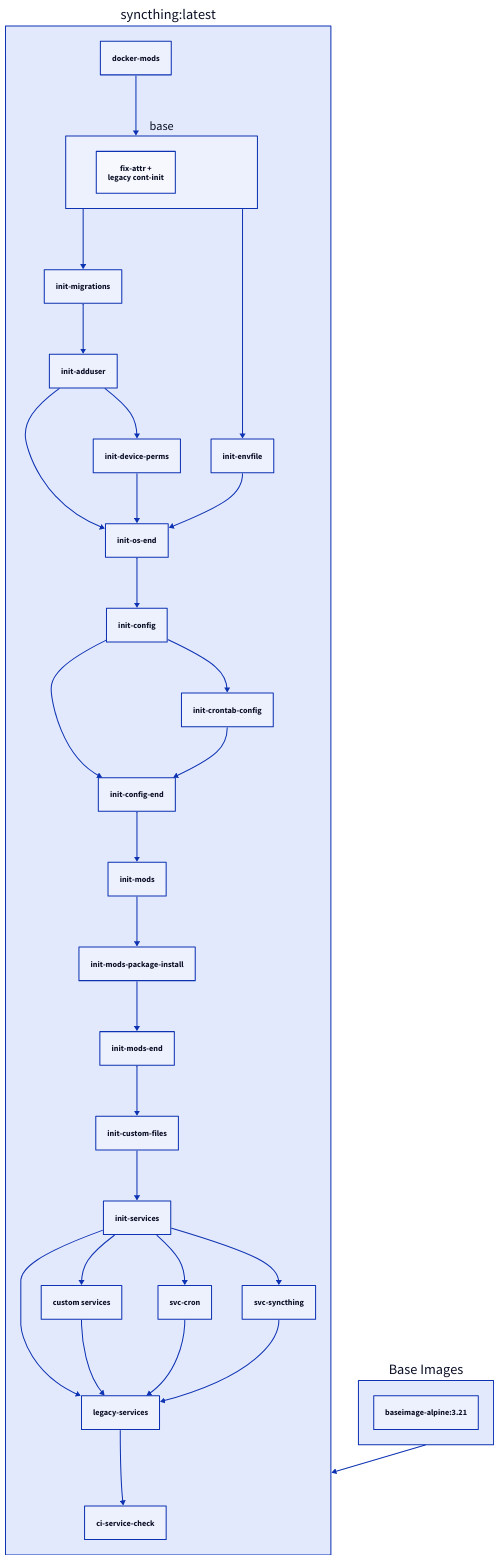
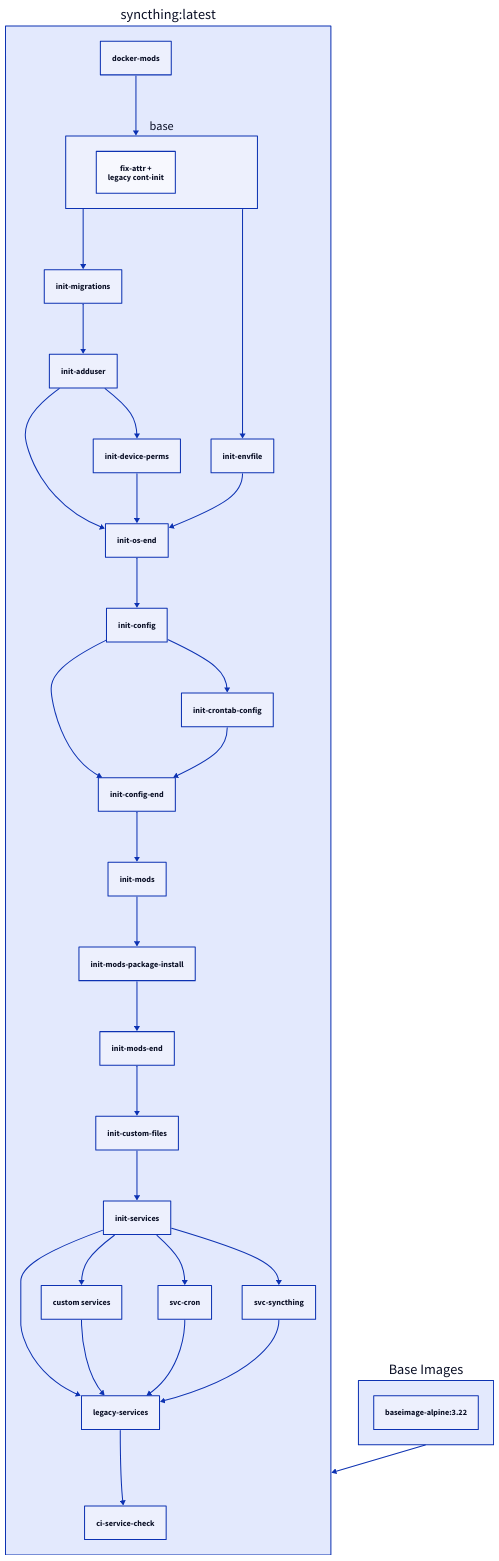
Before and after one commit to Roxedus/docs-test: the diagram in docs/images/docker-syncthing.md, drawn with D2. The commit also changed other lines of this file, not shown here.

Commit message:
Bot Updating Documentation

````diff
--- a/docs/images/docker-syncthing.md
+++ b/docs/images/docker-syncthing.md
@@ -296,39 +296,39 @@
     ```d2
     "syncthing:latest": {
       docker-mods
       base {
         fix-attr +\nlegacy cont-init
       }
       docker-mods -> base
       legacy-services
       custom services
       init-services -> legacy-services
       init-services -> custom services
       custom services -> legacy-services
       legacy-services -> ci-service-check
       init-migrations -> init-adduser
       init-os-end -> init-config
       init-config -> init-config-end
       init-crontab-config -> init-config-end
       init-config -> init-crontab-config
       init-mods-end -> init-custom-files
       init-adduser -> init-device-perms
       base -> init-envfile
       base -> init-migrations
       init-config-end -> init-mods
       init-mods-package-install -> init-mods-end
       init-mods -> init-mods-package-install
       init-adduser -> init-os-end
       init-device-perms -> init-os-end
       init-envfile -> init-os-end
       init-custom-files -> init-services
       init-services -> svc-cron
       svc-cron -> legacy-services
       init-services -> svc-syncthing
       svc-syncthing -> legacy-services
     }
     Base Images: {
-      "baseimage-alpine:3.21"
+      "baseimage-alpine:3.22"
     }
     "syncthing:latest" <- Base Images
     ```
````
